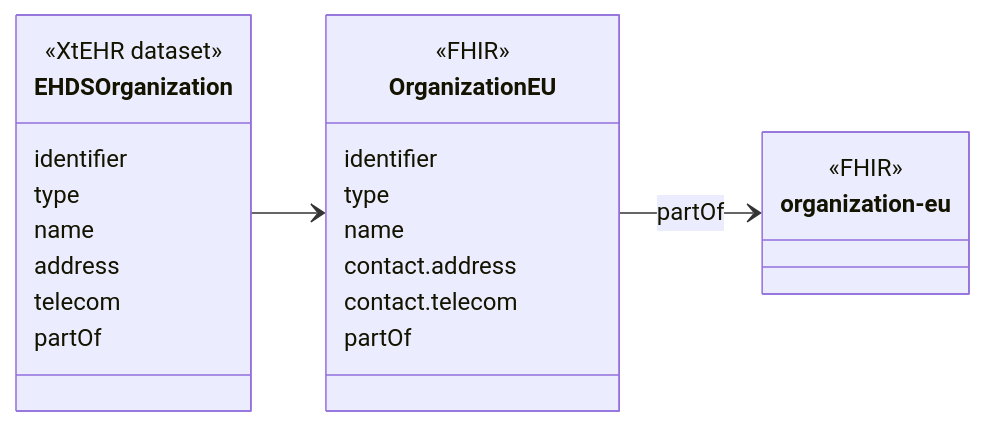
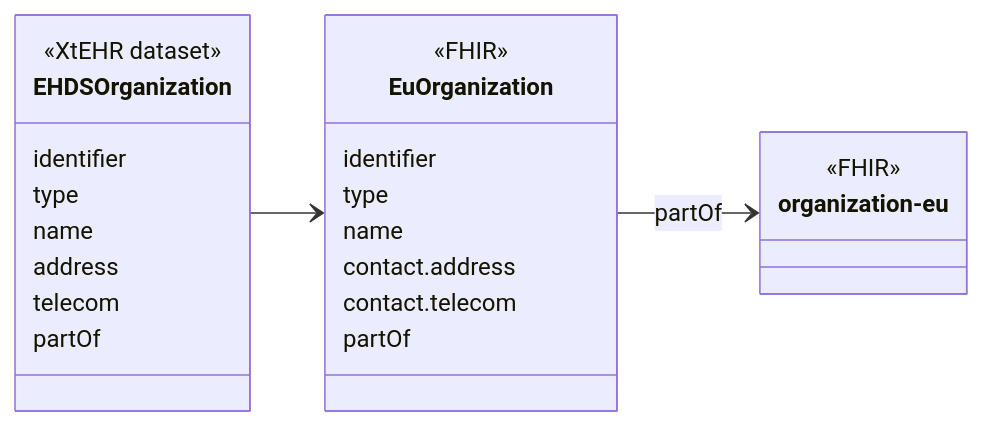
The diagram in new/input/intro-notes/ConceptMap-EHDSOrganizationMap-intro.md (oijauregui/ehdsimaging), drawn with Mermaid before and after one commit. The commit also changed 162 other files, not shown here.

````diff
--- a/new/input/intro-notes/ConceptMap-EHDSOrganizationMap-intro.md
+++ b/new/input/intro-notes/ConceptMap-EHDSOrganizationMap-intro.md
@@ -5,29 +5,29 @@
 ```mermaid
 classDiagram
 direction LR
 class EHDSOrganization {
   <<XtEHR dataset>>
   identifier
   type
   name
   address
   telecom
   partOf
 }
 link EHDSOrganization "https://build.fhir.org/ig/Xt-EHR/xt-ehr-common/StructureDefinition-EHDSOrganization.html"
-class OrganizationEU{
+class EuOrganization{
   <<FHIR>>
   identifier
   type
   name
   contact.address
   contact.telecom
   partOf
 }
 
 class organization-eu {
   <<FHIR>>
 }
-EHDSOrganization --> OrganizationEU
-OrganizationEU --> organization-eu : partOf
+EHDSOrganization --> EuOrganization
+EuOrganization --> organization-eu : partOf
 ```
````
